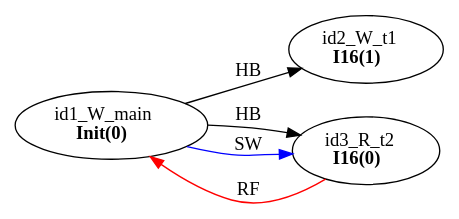
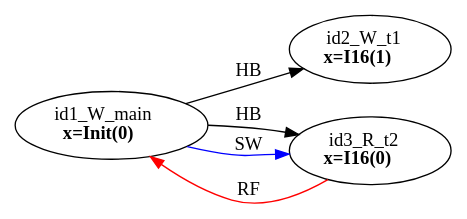
The diagram in examples/single_var/sv_simple03/mm1.dot (FMJS/EMME), drawn with Graphviz before and after one commit. The commit also changed 257 other files, not shown here.

```diff
--- a/examples/single_var/sv_simple03/mm1.dot
+++ b/examples/single_var/sv_simple03/mm1.dot
@@ -1,11 +1,11 @@
 digraph memory_model {
 rankdir=LR;
 splines=true; esep=0.5;
 id1_W_main -> id2_W_t1 [label = "HB", color="black"];
 id1_W_main -> id3_R_t2 [label = "HB", color="black"];
 id3_R_t2 -> id1_W_main [label = "RF", color="red"];
 id1_W_main -> id3_R_t2 [label = "SW", color="blue"];
-id1_W_main [label=<id1_W_main<br/><B>Init(0)</B>>, pos="2.5,2!"]
-id2_W_t1 [label=<id2_W_t1<br/><B>I16(1)</B>>, pos="0,0!"]
-id3_R_t2 [label=<id3_R_t2<br/><B>I16(0)</B>>, pos="5,0!"]
+id1_W_main [label=<id1_W_main<br/><B>x=Init(0)</B>>, pos="2.5,2!"]
+id2_W_t1 [label=<id2_W_t1<br/><B>x=I16(1)</B>>, pos="0,0!"]
+id3_R_t2 [label=<id3_R_t2<br/><B>x=I16(0)</B>>, pos="5,0!"]
 }
```
